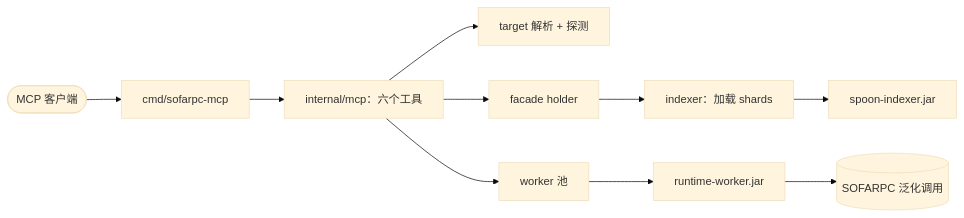
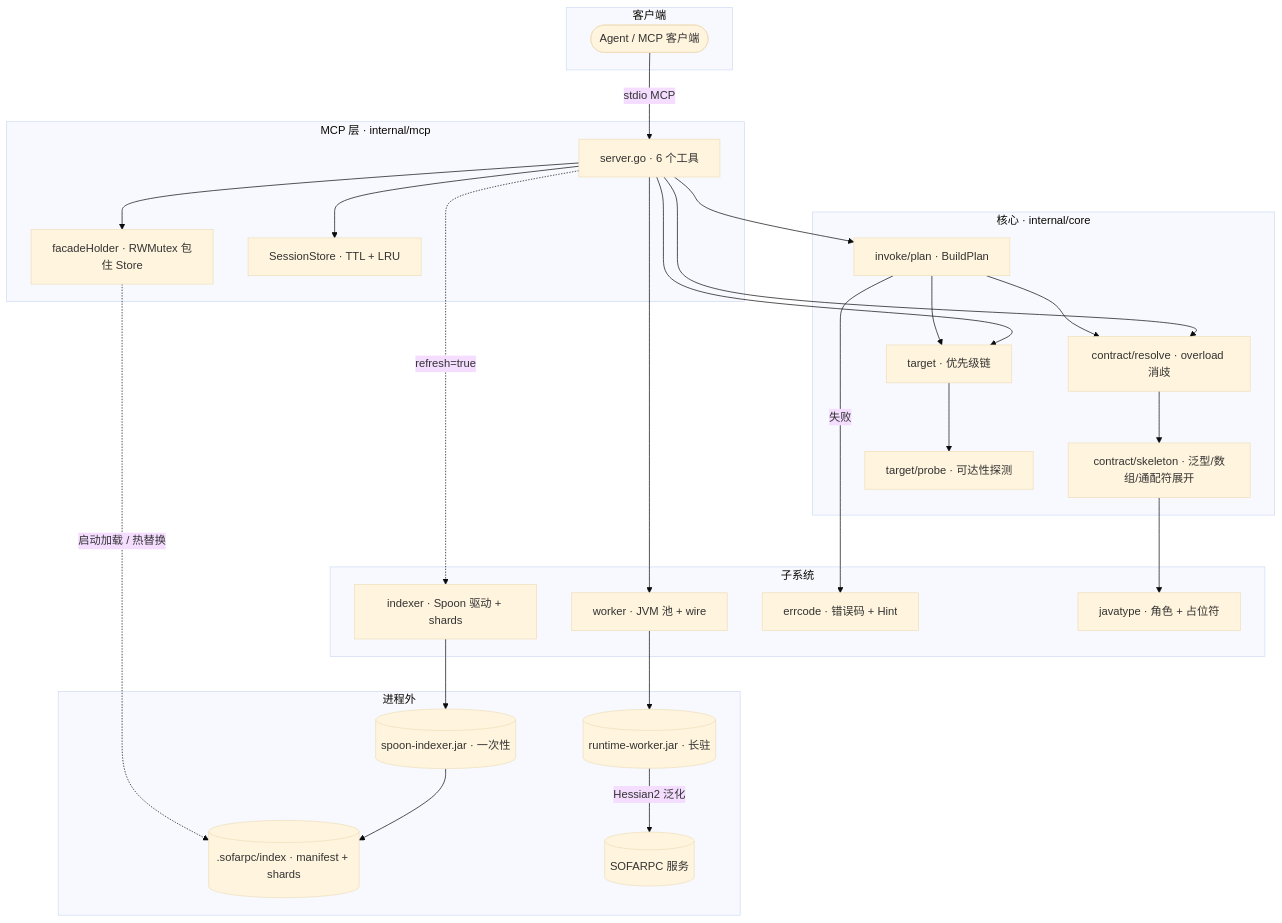
Before and after one commit to hex1n/sofarpc-cli: the first of 3 diagrams in README.zh-CN.md, drawn with Mermaid (base theme). The commit also changed other lines of this file and 26 other files, not shown here.

````diff
--- a/README.zh-CN.md
+++ b/README.zh-CN.md
@@ -26,12 +28,40 @@
 ```mermaid
-flowchart LR
-  Agent([MCP 客户端]) --> Server[cmd/sofarpc-mcp]
-  Server --> Core[internal/mcp：六个工具]
-  Core --> Target[target 解析 + 探测]
-  Core --> Facade[facade holder]
-  Facade --> Indexer[indexer：加载 shards]
-  Indexer --> Spoon[spoon-indexer.jar]
-  Core --> Worker[worker 池]
-  Worker --> Runtime[runtime-worker.jar]
-  Runtime --> SOFARPC[(SOFARPC 泛化调用)]
+flowchart TB
+  subgraph ClientSide[客户端]
+    Agent([Agent / MCP 客户端])
+  end
+  subgraph MCPLayer["MCP 层 · internal/mcp"]
+    Server[server.go · 6 个工具]
+    Holder[facadeHolder · RWMutex 包住 Store]
+    Sessions[SessionStore · TTL + LRU]
+  end
+  subgraph Core["核心 · internal/core"]
+    ContractR[contract/resolve · overload 消歧]
+    ContractS[contract/skeleton · 泛型/数组/通配符展开]
+    TargetR[target · 优先级链]
+    TargetP[target/probe · 可达性探测]
+    Plan[invoke/plan · BuildPlan]
+  end
+  subgraph Sub["子系统"]
+    Worker[worker · JVM 池 + wire]
+    Indexer[indexer · Spoon 驱动 + shards]
+    Errcode[errcode · 错误码 + Hint]
+    Javatype[javatype · 角色 + 占位符]
+  end
+  subgraph External[进程外]
+    SpoonJar[(spoon-indexer.jar · 一次性)]
+    WorkerJar[(runtime-worker.jar · 长驻)]
+    IndexFS[(.sofarpc/index · manifest + shards)]
+    SOFARPC[(SOFARPC 服务)]
+  end
+  Agent -- stdio MCP --> Server
+  Server --> Holder & Sessions
+  Server --> ContractR & Plan & TargetR
+  ContractR --> ContractS --> Javatype
+  Plan --> ContractR & TargetR
+  Plan -- 失败 --> Errcode
+  TargetR --> TargetP
+  Server --> Worker --> WorkerJar -- Hessian2 泛化 --> SOFARPC
+  Server -. refresh=true .-> Indexer --> SpoonJar --> IndexFS
+  Holder -. 启动加载 / 热替换 .-> IndexFS
 ```
````
